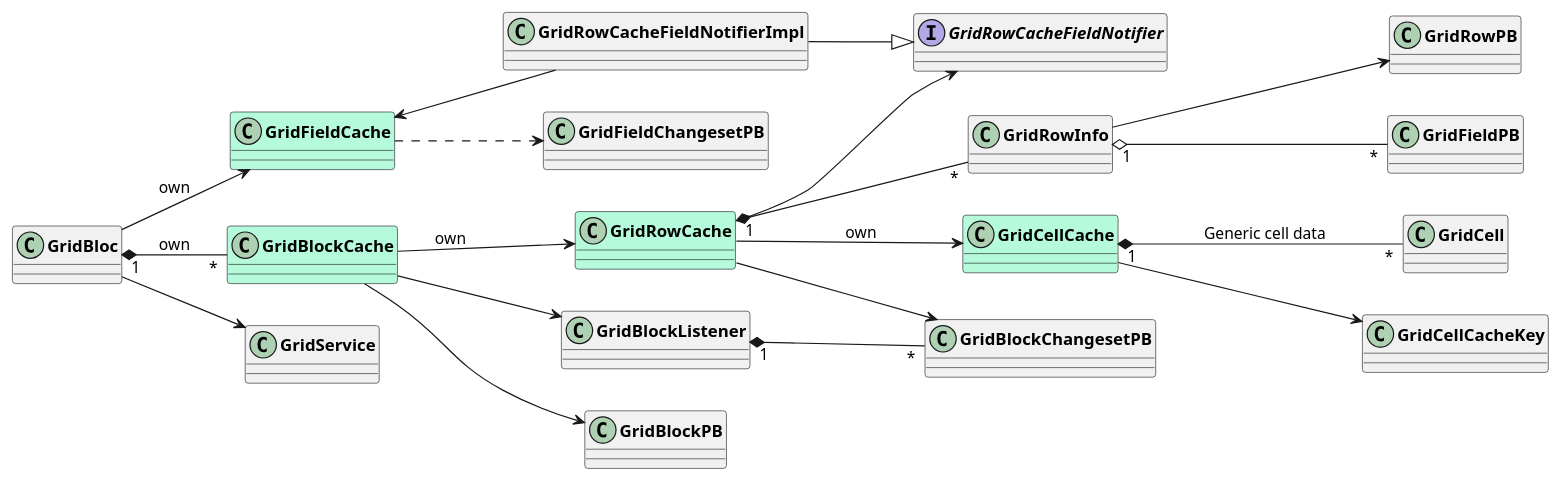
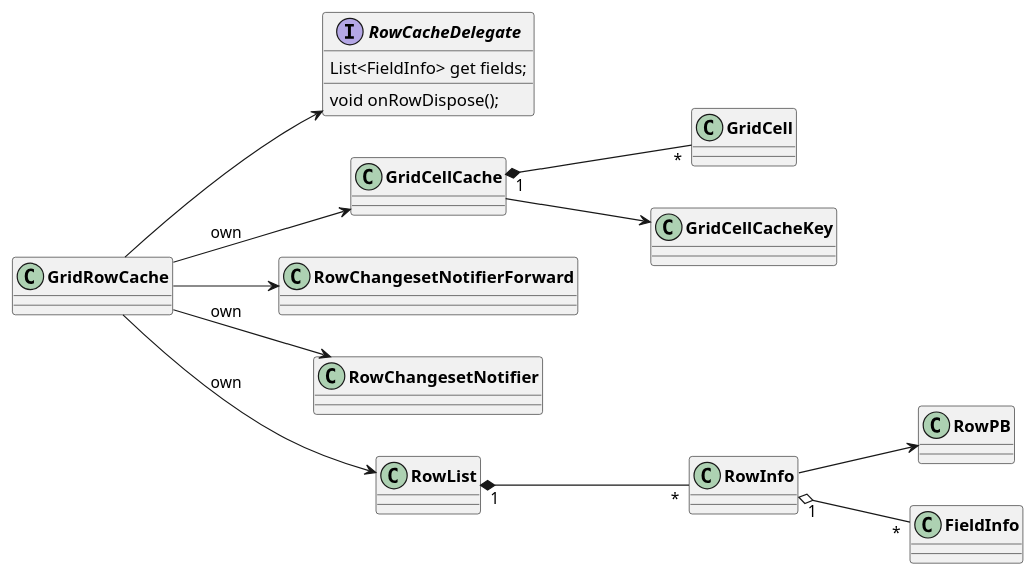
One commit to AppFlowy-IO/AppFlowy-Docs changed the second of 2 diagrams in uml/dart_classes/grid_data_cache.plantuml. Above: the diagram before and after it, drawn with PlantUML. The commit also changed other lines of this file and 5 other files, not shown here.

Commit message:
chore: update diagrams

```diff
--- a/uml/dart_classes/grid_data_cache.plantuml
+++ b/uml/dart_classes/grid_data_cache.plantuml
@@ -13,44 +25,34 @@
 @startuml block/row/cell relation
 skinparam classFontStyle Bold
 skinparam ActivityBackgroundColor Silver
 skinparam ActivityBorderColor DimGray
 left to right direction
 
-interface GridRowCacheFieldNotifier
-class GridFieldCache #B6FADC
-class GridBlockCache #B6FADC
-class GridRowCache #B6FADC
-class GridCellCache #B6FADC
-
-GridBloc --> GridService
-GridBloc --> GridFieldCache: own
-GridBloc "1" *-- "*" GridBlockCache: own
-
-GridBlockCache --> GridBlockPB
-
-'FieldCache
-GridFieldCache ..> GridFieldChangesetPB
+interface RowCacheDelegate {
+List<FieldInfo> get fields;
+void onRowDispose();
+}
+class GridRowCache
+class GridCellCache
 
 
 'Row Cache
-GridBlockCache --> GridRowCache : own
-GridRowCache --> GridBlockChangesetPB
 GridRowCache --> GridCellCache: own
-GridRowCache --> GridRowCacheFieldNotifier
-GridRowCache "1" *-- "*" GridRowInfo
-GridRowInfo --> GridRowPB
-GridRowInfo "1" o-- "*" GridFieldPB
+GridRowCache --> RowChangesetNotifierForward
+GridRowCache --> RowChangesetNotifier: own
+GridRowCache --> RowCacheDelegate
+GridRowCache --> RowList: own
+
+
+RowList "1" *-- "*" RowInfo
+RowInfo --> RowPB
+RowInfo "1" o-- "*" FieldInfo
 
 
 'Cell Cache
-GridCellCache "1" *-- "*" GridCell : Generic cell data
+GridCellCache "1" *-- "*" GridCell
 GridCellCache --> GridCellCacheKey
 
-'Listener
-GridBlockCache --> GridBlockListener
-GridBlockListener "1" *-- "*" GridBlockChangesetPB
 
-GridRowCacheFieldNotifierImpl -u-> GridFieldCache
-GridRowCacheFieldNotifierImpl --|> GridRowCacheFieldNotifier
 
 @enduml
```
